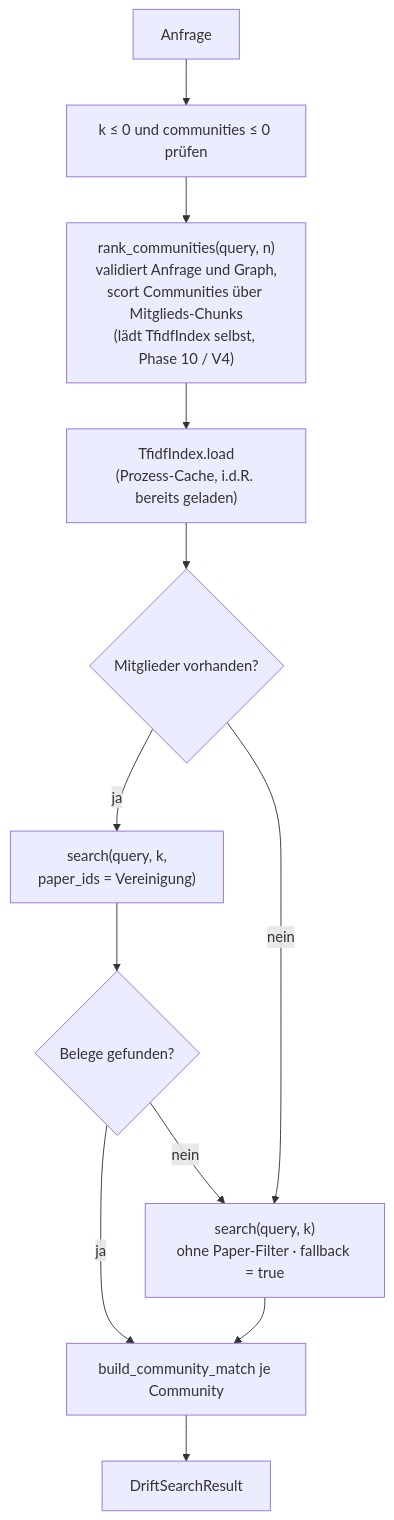
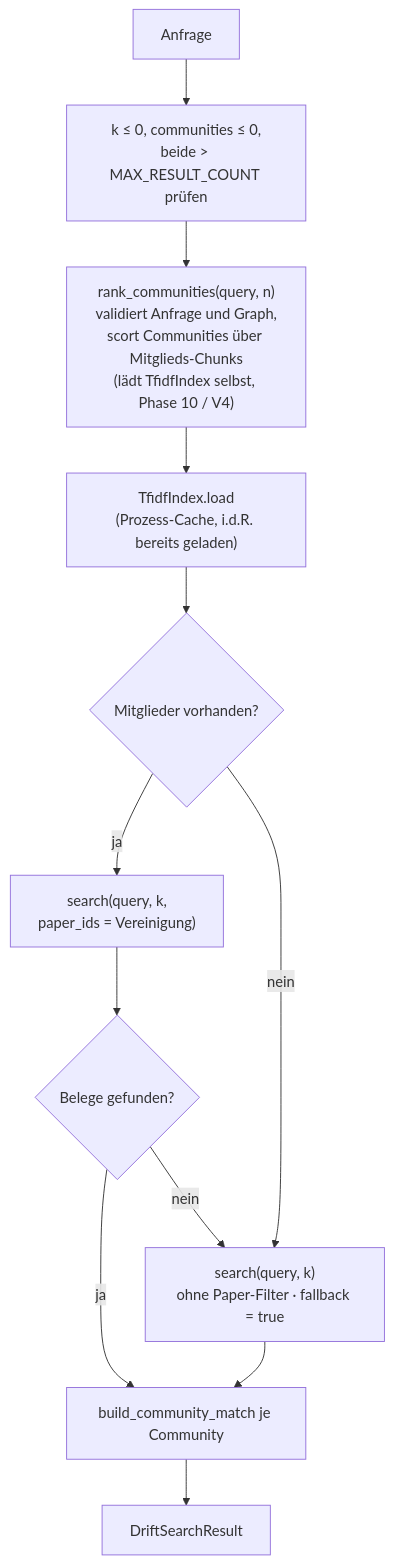
Before and after one commit to MomoEngineer/research-graphrag: the first of 2 diagrams in src/research_graphrag/retrieval/doc/drift.md, drawn with Mermaid. The commit also changed other lines of this file and 34 other files, not shown here.

````diff
--- a/src/research_graphrag/retrieval/doc/drift.md
+++ b/src/research_graphrag/retrieval/doc/drift.md
@@ -32,14 +32,14 @@
 ```mermaid
 flowchart TD
-    Q["Anfrage"] --> KV["k ≤ 0 und communities ≤ 0 prüfen"]
+    Q["Anfrage"] --> KV["k ≤ 0, communities ≤ 0,<br/>beide > MAX_RESULT_COUNT prüfen"]
     KV --> R["rank_communities(query, n)<br/>validiert Anfrage und Graph,<br/>scort Communities über Mitglieds-Chunks<br/>(lädt TfidfIndex selbst, Phase 10 / V4)"]
     R --> IX["TfidfIndex.load<br/>(Prozess-Cache, i.d.R. bereits geladen)"]
     IX --> U{"Mitglieder vorhanden?"}
     U -- ja --> S["search(query, k,<br/>paper_ids = Vereinigung)"]
     U -- nein --> FB
     S --> H{"Belege gefunden?"}
     H -- ja --> BM["build_community_match je Community"]
     H -- nein --> FB["search(query, k)<br/>ohne Paper-Filter · fallback = true"]
     FB --> BM
     BM --> RES["DriftSearchResult"]
 ```
````
